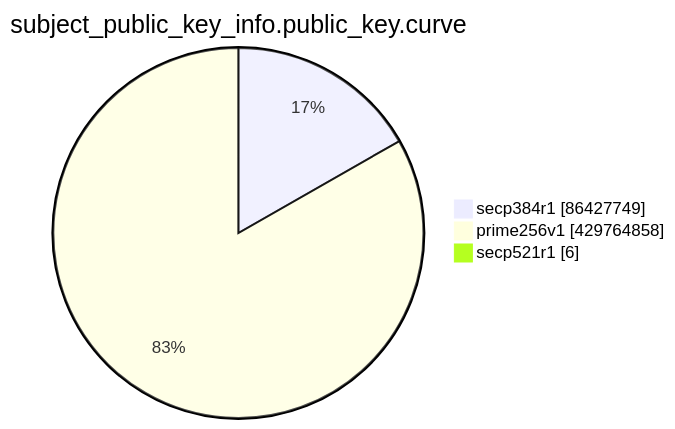
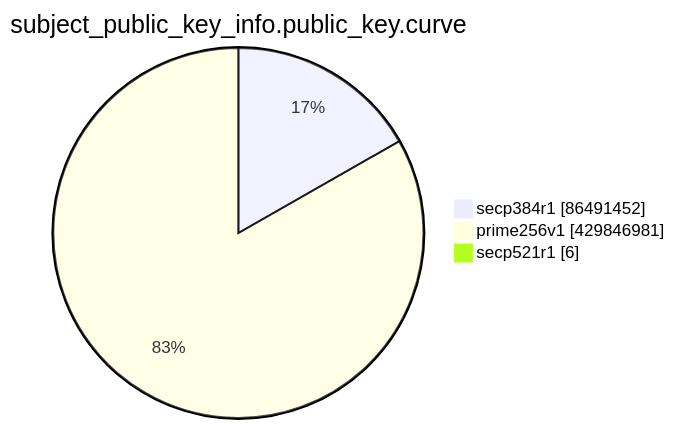
Before and after one commit to christiankrug/ctmonitor_visualization: the eighth of 15 diagrams in TOTAL/README.md, drawn with Mermaid. The commit also changed other lines of this file, not shown here.

````diff
--- a/TOTAL/README.md
+++ b/TOTAL/README.md
@@ -3100,7 +3100,7 @@
 ```mermaid
 pie showData
 title subject_public_key_info.public_key.curve
-"secp384r1" :86427749
-"prime256v1" :429764858
+"secp384r1" :86491452
+"prime256v1" :429846981
 "secp521r1" :6
 ```
````
